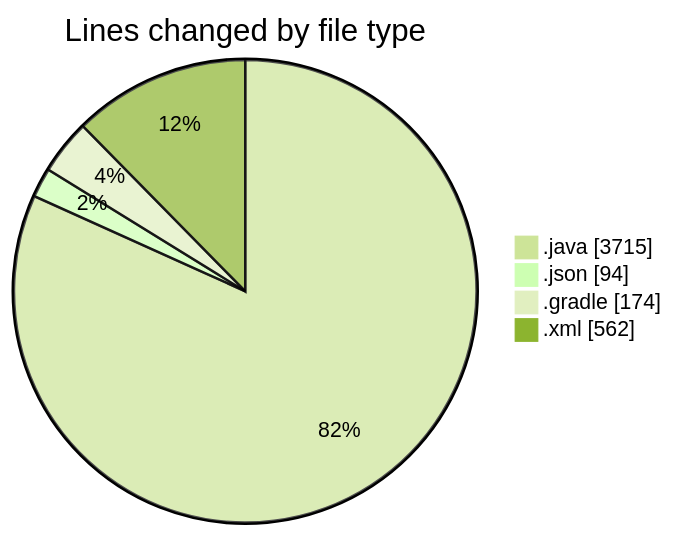
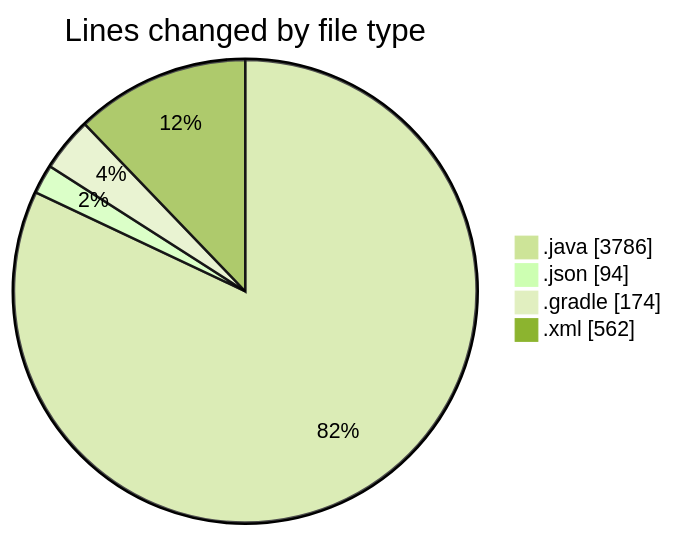
One commit to charlie-sans/code-tracking changed the first of 2 diagrams in 2025-02-22/micros/README.md. Above: the diagram before and after it, drawn with Mermaid (forest theme). The commit also changed other lines of this file and 1 other file, not shown here.

````diff
--- a/2025-02-22/micros/README.md
+++ b/2025-02-22/micros/README.md
@@ -52,8 +52,8 @@
 ```mermaid
 pie showData
 title Lines changed by file type
-".java" : 3715
+".java" : 3786
 ".json" : 94
 ".gradle" : 174
 ".xml" : 562
 ```
````
